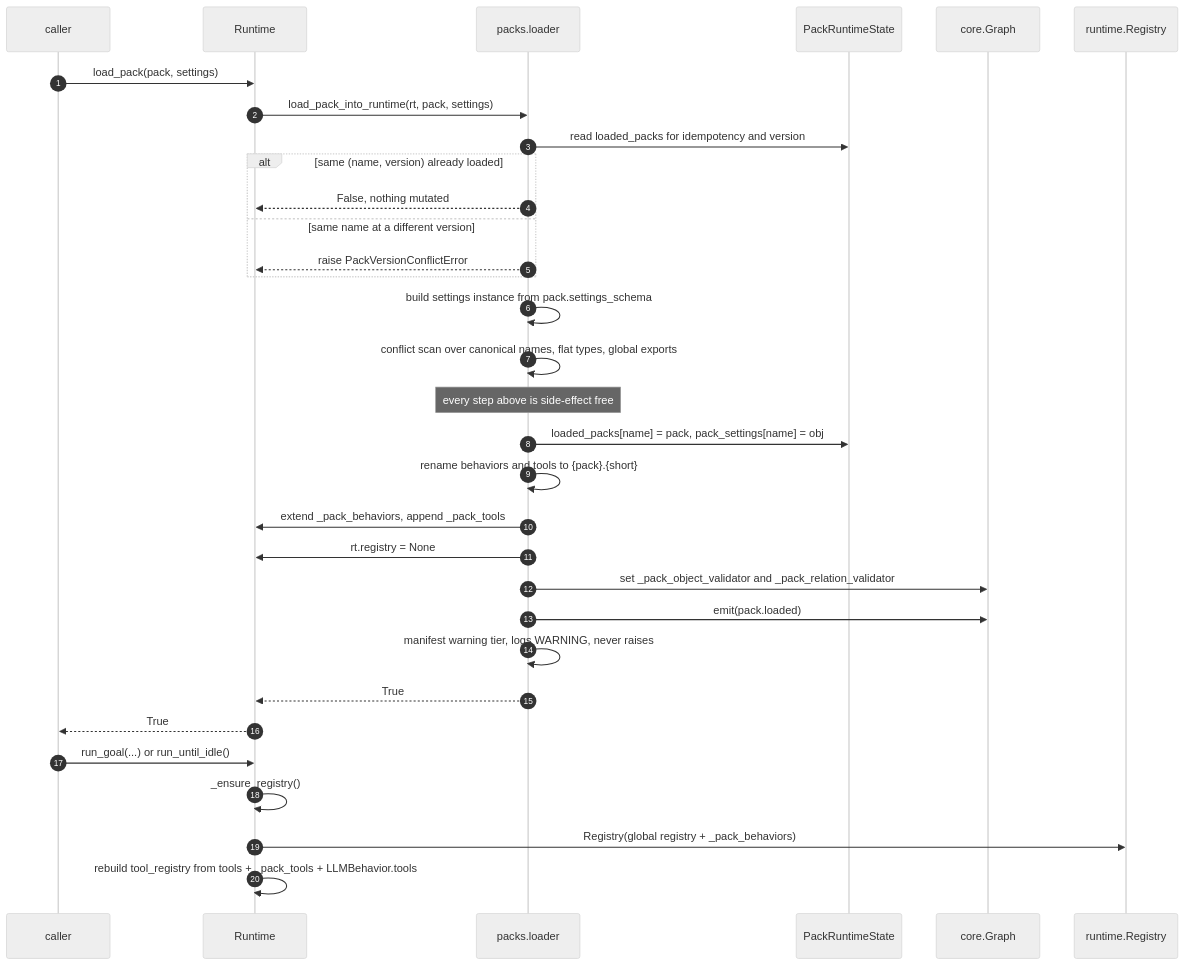
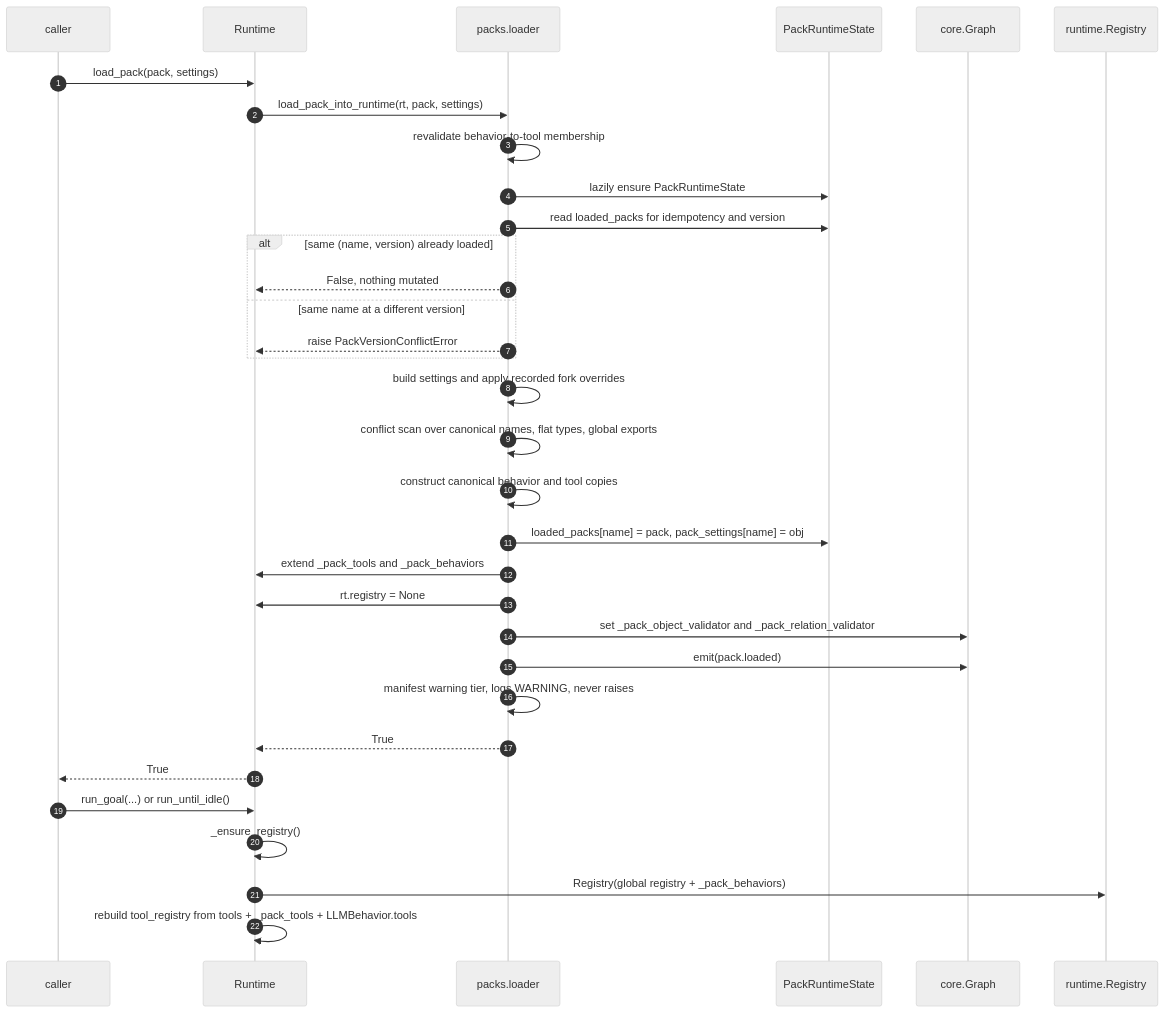
Before and after one commit to tha-hammer/silmari-activegraph: the first of 6 diagrams in specs/11-sequence-diagrams.md, drawn with Mermaid (neutral theme). The commit also changed other lines of this file, not shown here.

Commit message:
docs(specs): refresh end-to-end sequences

````diff
--- a/specs/11-sequence-diagrams.md
+++ b/specs/11-sequence-diagrams.md
@@ -40,36 +47,37 @@
 ```mermaid
 sequenceDiagram
     autonumber
     participant App as caller
     participant RT as Runtime
     participant L as packs.loader
     participant S as PackRuntimeState
     participant G as core.Graph
     participant R as runtime.Registry
 
     App->>RT: load_pack(pack, settings)
     RT->>L: load_pack_into_runtime(rt, pack, settings)
+    L->>L: revalidate behavior-to-tool membership
+    L->>S: lazily ensure PackRuntimeState
     L->>S: read loaded_packs for idempotency and version
     alt same (name, version) already loaded
         L-->>RT: False, nothing mutated
     else same name at a different version
         L-->>RT: raise PackVersionConflictError
     end
-    L->>L: build settings instance from pack.settings_schema
+    L->>L: build settings and apply recorded fork overrides
     L->>L: conflict scan over canonical names, flat types, global exports
-    Note over L: every step above is side-effect free
+    L->>L: construct canonical behavior and tool copies
     L->>S: loaded_packs[name] = pack, pack_settings[name] = obj
-    L->>L: rename behaviors and tools to {pack}.{short}
-    L->>RT: extend _pack_behaviors, append _pack_tools
+    L->>RT: extend _pack_tools and _pack_behaviors
     L->>RT: rt.registry = None
     L->>G: set _pack_object_validator and _pack_relation_validator
     L->>G: emit(pack.loaded)
     L->>L: manifest warning tier, logs WARNING, never raises
     L-->>RT: True
     RT-->>App: True
 
     App->>RT: run_goal(...) or run_until_idle()
     RT->>RT: _ensure_registry()
     RT->>R: Registry(global registry + _pack_behaviors)
     RT->>RT: rebuild tool_registry from tools + _pack_tools + LLMBehavior.tools
 ```
````
